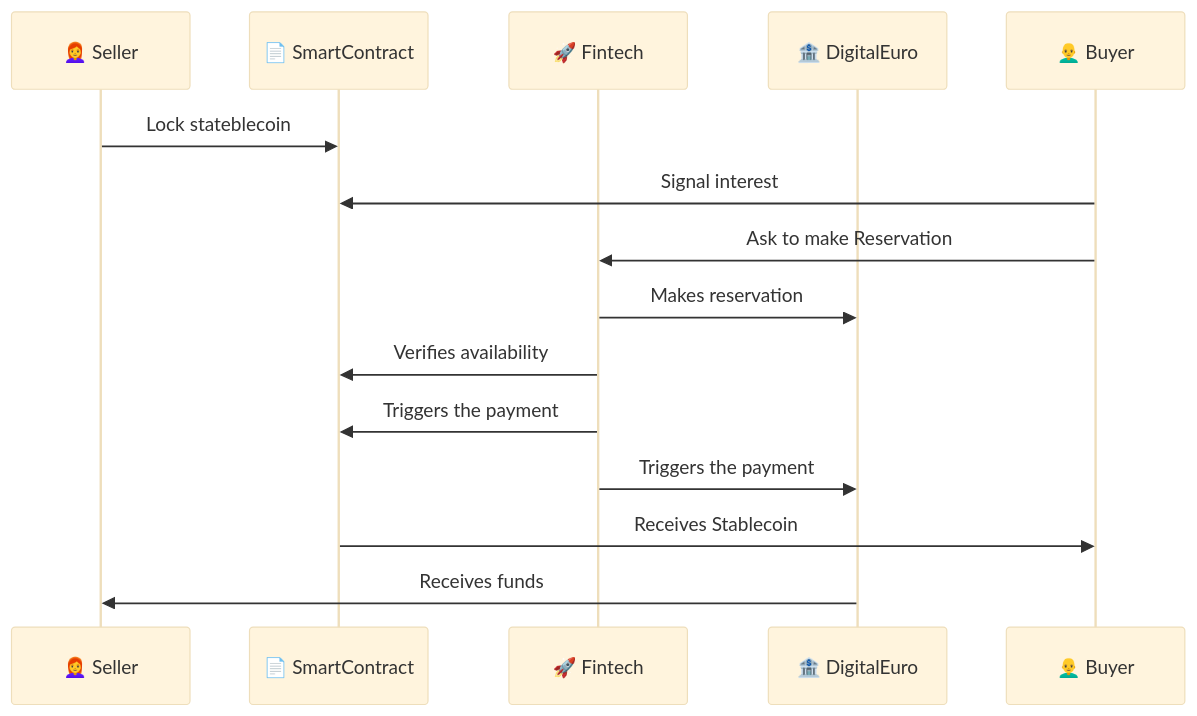
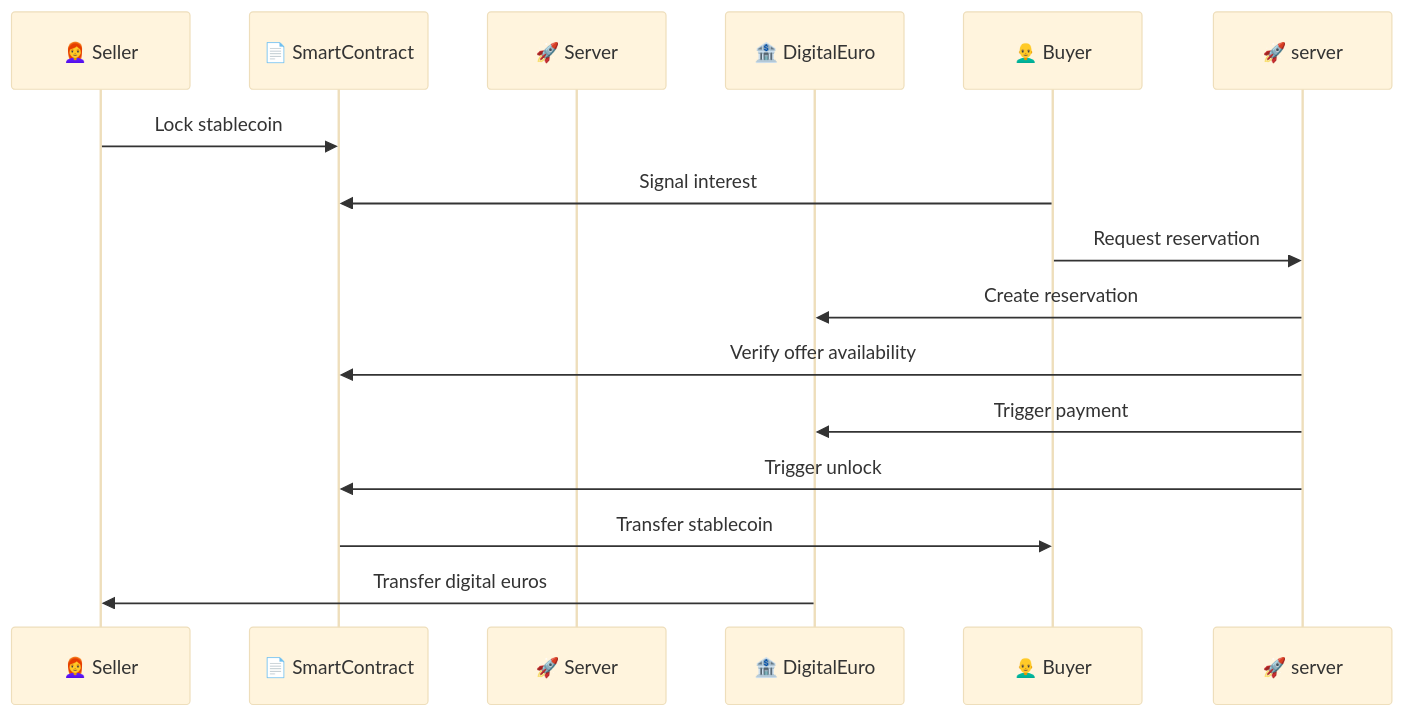
One commit to Xalava/NagaBanking changed the first of 2 diagrams in Documentation.md. Above: the diagram before and after it, drawn with Mermaid (base theme). The commit also changed other lines of this file and 1 other file, not shown here.

````diff
--- a/Documentation.md
+++ b/Documentation.md
@@ -8,18 +7,18 @@
 ```mermaid
 sequenceDiagram
    participant 👩‍🦰 Seller
    participant 📄 SmartContract
-   participant 🚀 Fintech
+   participant 🚀 Server
    participant 🏦 DigitalEuro
    participant 👨‍🦲 Buyer
 
-   👩‍🦰 Seller->>📄 SmartContract: Lock stateblecoin
+   👩‍🦰 Seller->>📄 SmartContract: Lock stablecoin
    👨‍🦲 Buyer->>📄 SmartContract: Signal interest
-   👨‍🦲 Buyer->>🚀 Fintech: Ask to make Reservation
-   🚀 Fintech->> 🏦 DigitalEuro: Makes reservation
-   🚀 Fintech->> 📄 SmartContract: Verifies availability
-   🚀 Fintech->>📄 SmartContract: Triggers the payment
-   🚀 Fintech->> 🏦 DigitalEuro: Triggers the payment
-   📄 SmartContract->>👨‍🦲 Buyer: Receives Stablecoin
-   🏦 DigitalEuro->>👩‍🦰 Seller: Receives funds
+   👨‍🦲 Buyer->>🚀 server: Request reservation
+   🚀 server->>🏦 DigitalEuro: Create reservation
+   🚀 server->>📄 SmartContract: Verify offer availability
+   🚀 server->>🏦 DigitalEuro: Trigger payment
+   🚀 server->>📄 SmartContract: Trigger unlock
+   📄 SmartContract->>👨‍🦲 Buyer: Transfer stablecoin
+   🏦 DigitalEuro->>👩‍🦰 Seller: Transfer digital euros
 ```
````
